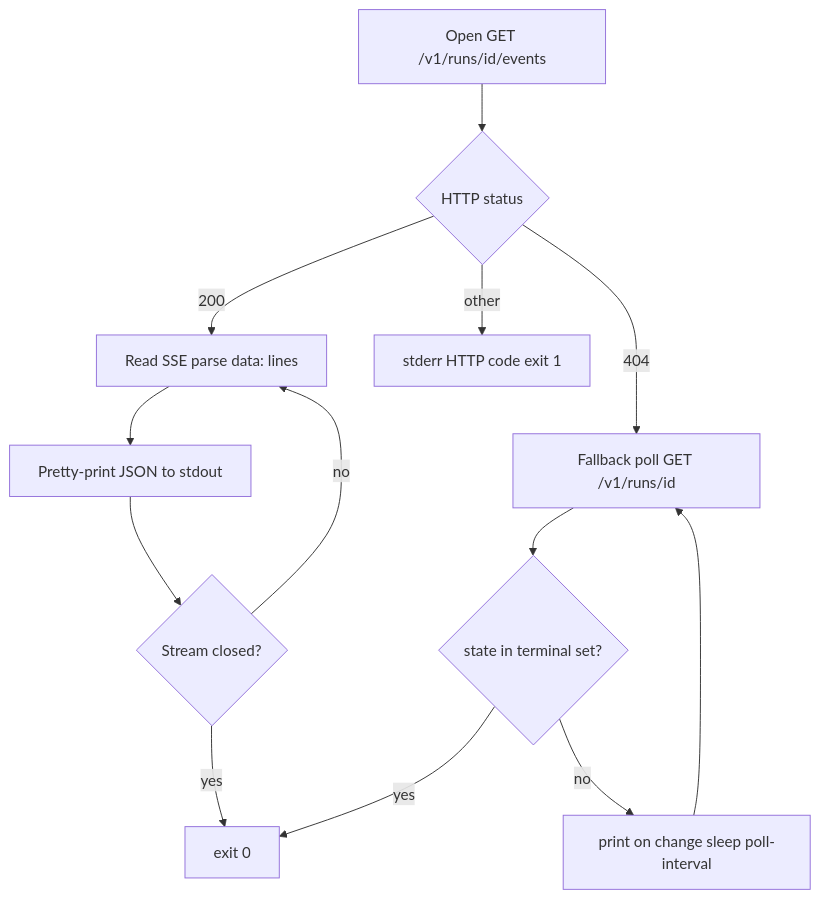
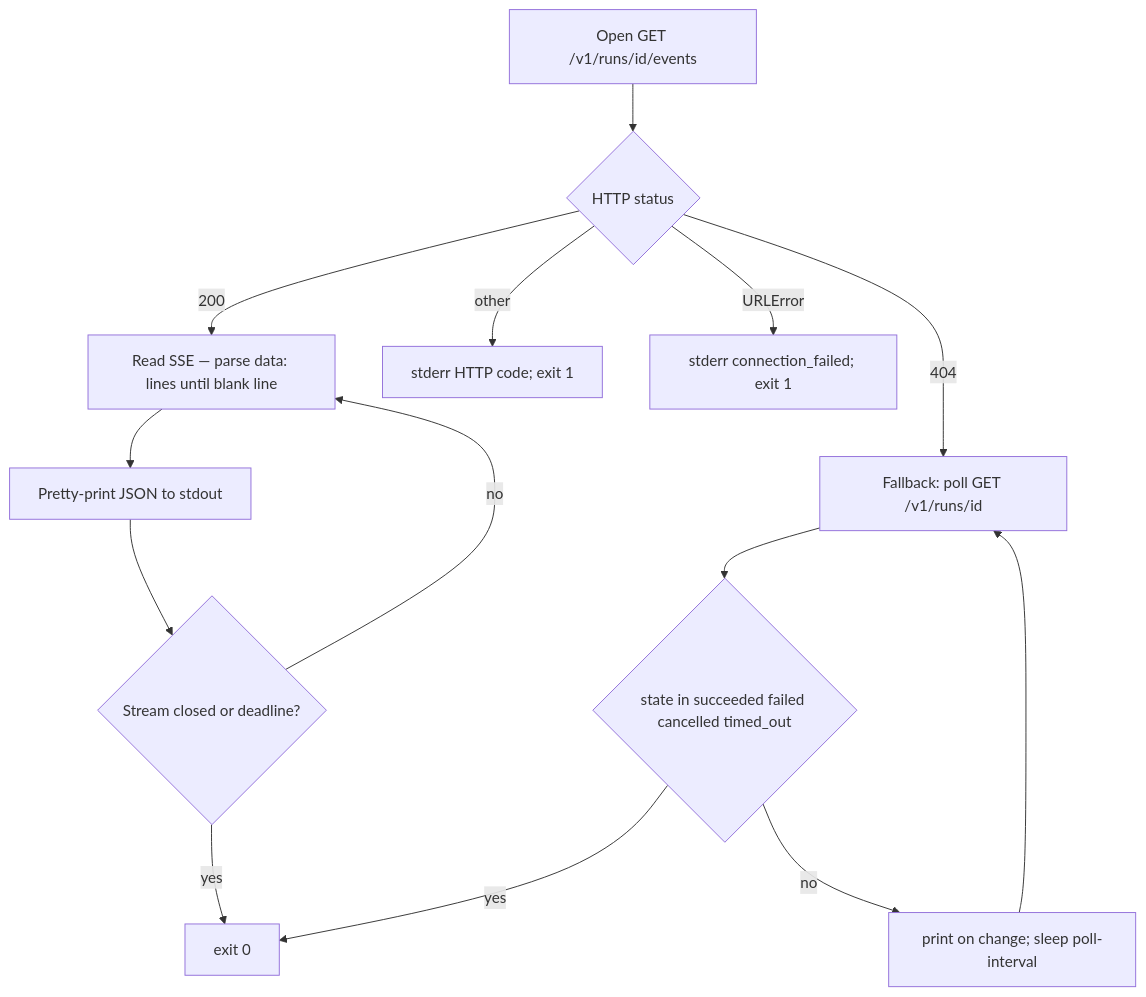
One commit to chaosxingxc-orion/hi-agent changed the fourth of 5 diagrams in agent_server/cli/ARCHITECTURE.md. Above: the diagram before and after it, drawn with Mermaid. The commit also changed other lines of this file and 25 other files, not shown here.

First line of the commit message:
[W35-corrective] Refresh ARCHITECTURE.md hierarchy + add missing READMEs

````diff
--- a/agent_server/cli/ARCHITECTURE.md
+++ b/agent_server/cli/ARCHITECTURE.md
@@ -112,15 +246,28 @@
 ```mermaid
 flowchart TD
-    A[Open GET /v1/runs/id/events] --> B{HTTP status}
-    B -->|200| C[Read SSE parse data: lines]
-    C --> D[Pretty-print JSON to stdout]
-    D --> E{Stream closed?}
+    A[Open GET /v1/runs/id/events]
+    B{HTTP status}
+    C[Read SSE — parse data: lines until blank line]
+    D[Pretty-print JSON to stdout]
+    E{Stream closed or deadline?}
+    F[exit 0]
+    G[Fallback: poll GET /v1/runs/id]
+    H{state in succeeded failed cancelled timed_out}
+    I[print on change; sleep poll-interval]
+    J[stderr HTTP code; exit 1]
+    K[stderr connection_failed; exit 1]
+
+    A --> B
+    B -->|200| C
+    C --> D
+    D --> E
     E -->|no| C
-    E -->|yes| F[exit 0]
-    B -->|404| G[Fallback poll GET /v1/runs/id]
-    G --> H{state in terminal set?}
-    H -->|no| I[print on change sleep poll-interval]
+    E -->|yes| F
+    B -->|404| G
+    G --> H
+    H -->|no| I
     I --> G
     H -->|yes| F
-    B -->|other| J[stderr HTTP code exit 1]
+    B -->|other| J
+    B -->|URLError| K
 ```
````
